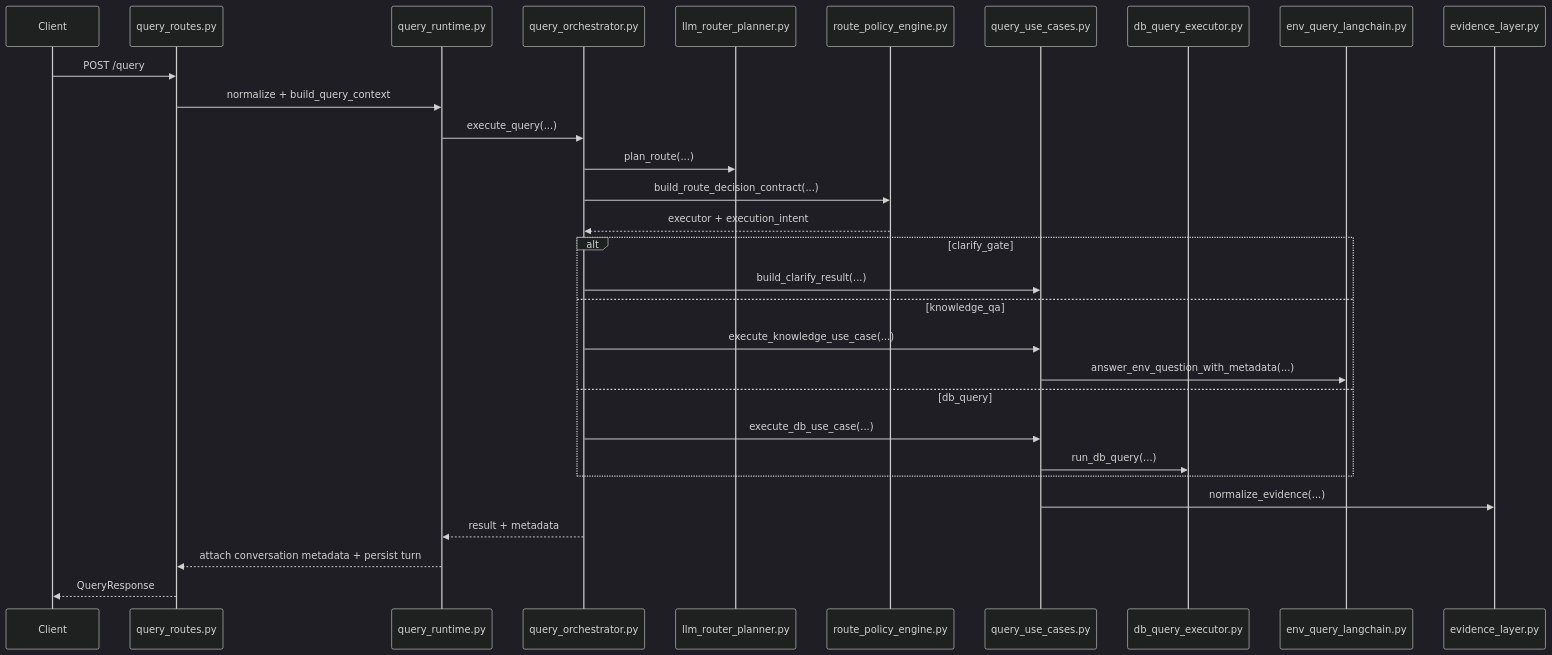
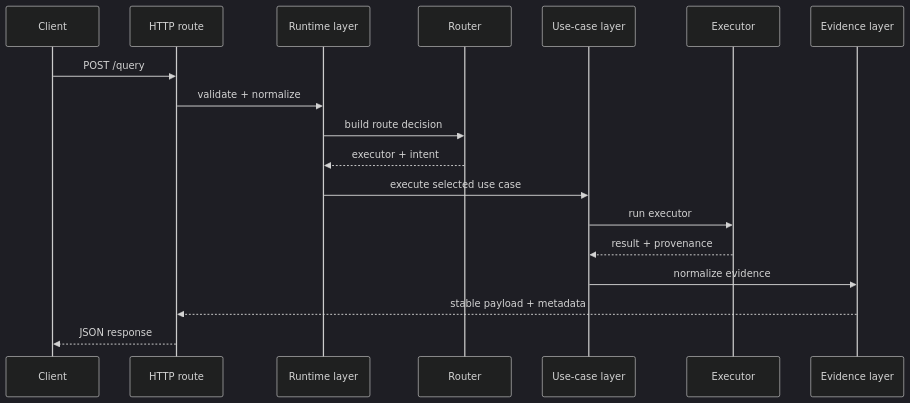
The second of 4 diagrams in docs/architecture_deep_dive.md (SMART-NYUAD/ieq-copilot-api), drawn with Mermaid (dark theme) before and after one commit. The commit also changed other lines of this file and 1 other file, not shown here.

Commit message:
Changing graphs for documentation purposes

````diff
--- a/docs/architecture_deep_dive.md
+++ b/docs/architecture_deep_dive.md
@@ -150,33 +148,21 @@
 ```mermaid
 sequenceDiagram
     participant C as Client
-    participant Q as query_routes.py
-    participant R as query_runtime.py
-    participant O as query_orchestrator.py
-    participant P as llm_router_planner.py
-    participant E as route_policy_engine.py
-    participant U as query_use_cases.py
-    participant D as db_query_executor.py
-    participant K as env_query_langchain.py
-    participant V as evidence_layer.py
+    participant API as HTTP route
+    participant RT as Runtime layer
+    participant RO as Router
+    participant UC as Use-case layer
+    participant EX as Executor
+    participant EV as Evidence layer
 
-    C->>Q: POST /query
-    Q->>R: normalize + build_query_context
-    R->>O: execute_query(...)
-    O->>P: plan_route(...)
-    O->>E: build_route_decision_contract(...)
-    E-->>O: executor + execution_intent
-    alt clarify_gate
-      O->>U: build_clarify_result(...)
-    else knowledge_qa
-      O->>U: execute_knowledge_use_case(...)
-      U->>K: answer_env_question_with_metadata(...)
-    else db_query
-      O->>U: execute_db_use_case(...)
-      U->>D: run_db_query(...)
-    end
-    U->>V: normalize_evidence(...)
-    O-->>R: result + metadata
-    R-->>Q: attach conversation metadata + persist turn
-    Q-->>C: QueryResponse
+    C->>API: POST /query
+    API->>RT: validate + normalize
+    RT->>RO: build route decision
+    RO-->>RT: executor + intent
+    RT->>UC: execute selected use case
+    UC->>EX: run executor
+    EX-->>UC: result + provenance
+    UC->>EV: normalize evidence
+    EV-->>API: stable payload + metadata
+    API-->>C: JSON response
 ```
````
